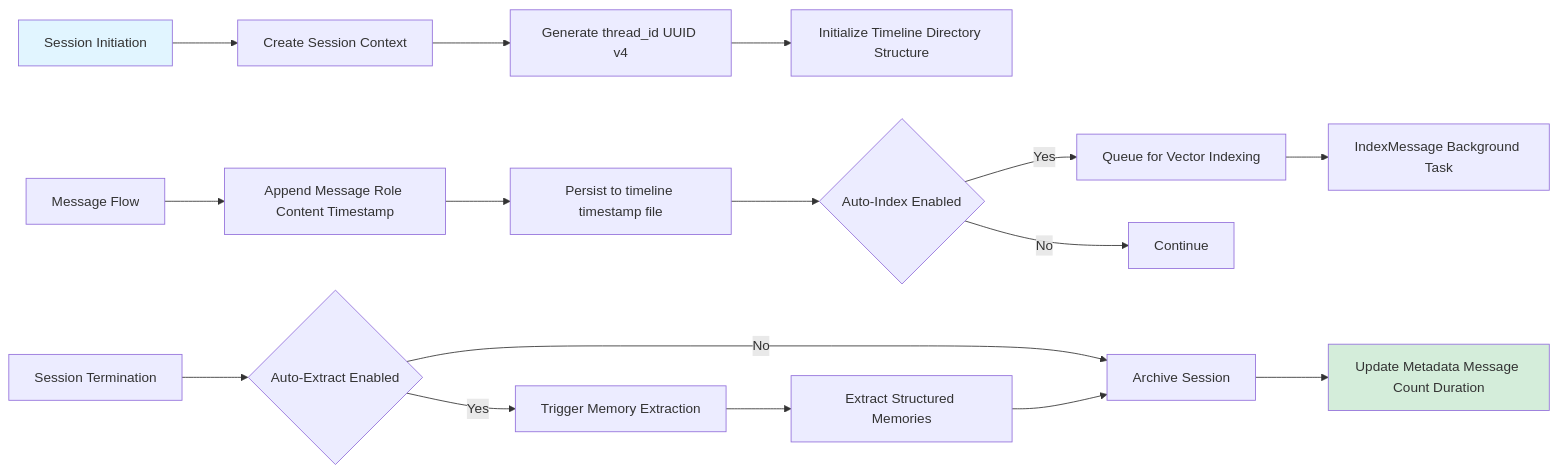
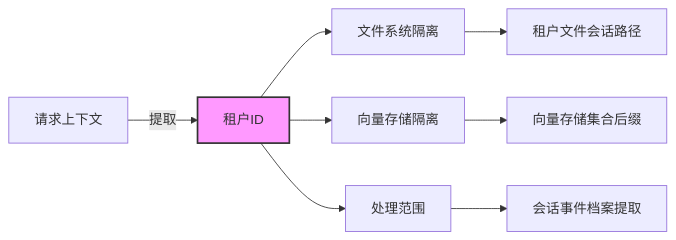
One commit to sopaco/cortex-mem changed the sixth of 9 diagrams in litho.docs/en/3.Workflow.md. Above: the diagram before and after it, drawn with Mermaid. The commit also changed other lines of this file and 45 other files, not shown here.

````diff
--- a/litho.docs/en/3.Workflow.md
+++ b/litho.docs/en/3.Workflow.md
@@ -244,23 +331,14 @@
 ```mermaid
 flowchart LR
-    A[Session Initiation] --> B[Create Session Context]
-    B --> C[Generate thread_id UUID v4]
-    C --> D[Initialize Timeline Directory Structure]
+    A[请求上下文] -- "提取" --> B[租户ID]
     
-    E[Message Flow] --> F[Append Message Role Content Timestamp]
-    F --> G[Persist to timeline timestamp file]
-    G --> H{Auto-Index Enabled}
-    H -->|"Yes"| I[Queue for Vector Indexing]
-    H -->|"No"| J[Continue]
-    I --> K[IndexMessage Background Task]
+    B --> C[文件系统隔离]
+    B --> D[向量存储隔离]
+    B --> E[处理范围]
     
-    L[Session Termination] --> M{Auto-Extract Enabled}
-    M -->|"Yes"| N[Trigger Memory Extraction]
-    M -->|"No"| O[Archive Session]
-    N --> P[Extract Structured Memories]
-    P --> O
-    O --> Q[Update Metadata Message Count Duration]
+    C --> C1[租户文件会话路径]
+    D --> D1[向量存储集合后缀]
+    E --> E1[会话事件档案提取]
     
-    style A fill:#e1f5ff
-    style Q fill:#d4edda
+    style B fill:#f9f,stroke:#333,stroke-width:2px
 ```
````
